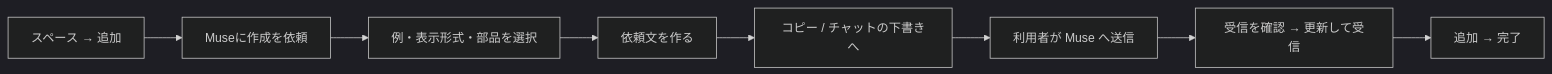
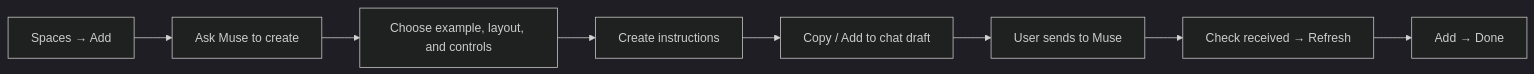
Before and after one commit to 3mintimer/muse-relay: the first of 3 diagrams in docs/spaces.md, drawn with Mermaid (dark theme). The commit also changed other lines of this file and 49 other files, not shown here.

````diff
--- a/docs/spaces.md
+++ b/docs/spaces.md
@@ -7,10 +9,10 @@
 ```mermaid
 flowchart LR
-  A[スペース → 追加] --> B[Museに作成を依頼]
-  B --> C[例・表示形式・部品を選択]
-  C --> D[依頼文を作る]
-  D --> E[コピー / チャットの下書きへ]
-  E --> F[利用者が Muse へ送信]
-  F --> G[受信を確認 → 更新して受信]
-  G --> H[追加 → 完了]
+  A[Spaces → Add] --> B[Ask Muse to create]
+  B --> C[Choose example, layout, and controls]
+  C --> D[Create instructions]
+  D --> E[Copy / Add to chat draft]
+  E --> F[User sends to Muse]
+  F --> G[Check received → Refresh]
+  G --> H[Add → Done]
 ```
````
